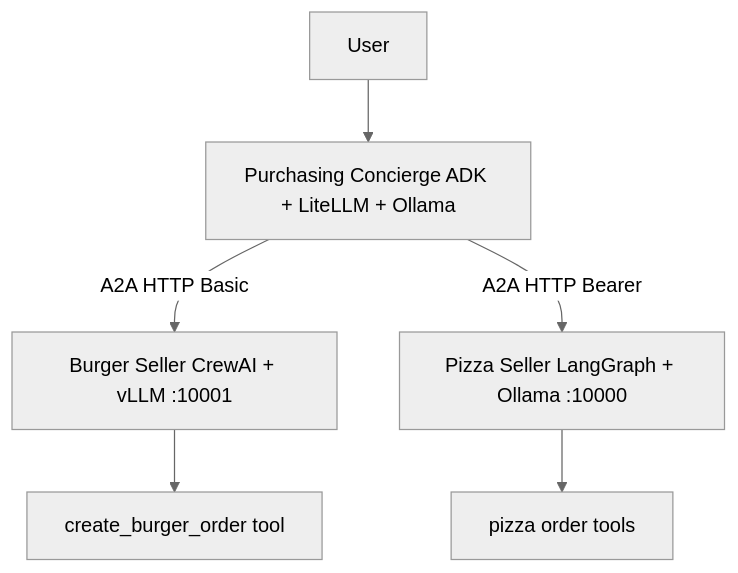
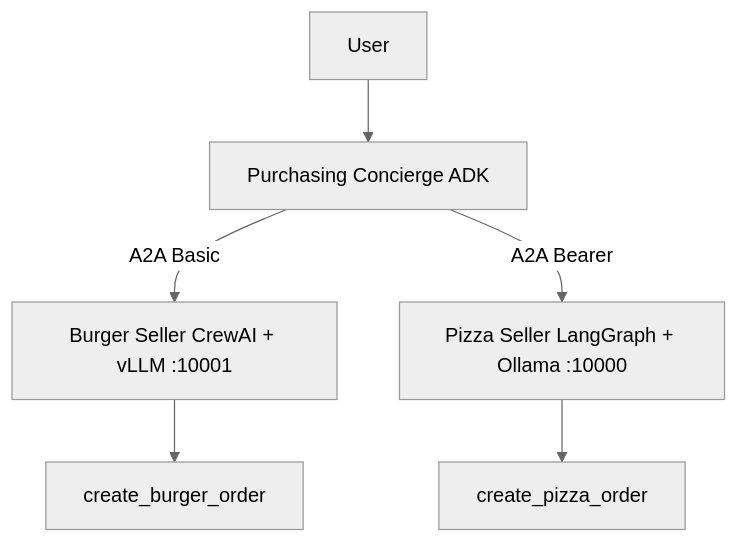
The first of 3 diagrams in README.md (ArchanaChetan07/Multi-Agent-AI-Purchasing-System-with-Google-ADK-AMD-Instinct-GPUs), drawn with Mermaid (neutral theme) before and after one commit. The commit also changed other lines of this file, not shown here.

Commit message:
docs: FAANG-ready professional README with diagrams and verified metrics

````diff
--- a/README.md
+++ b/README.md
@@ -30,8 +28,8 @@
 ```mermaid
-flowchart TB
-    U[User] --> PC[Purchasing Concierge ADK + LiteLLM + Ollama]
-    PC -->|A2A HTTP Basic| BA[Burger Seller CrewAI + vLLM :10001]
-    PC -->|A2A HTTP Bearer| PA[Pizza Seller LangGraph + Ollama :10000]
-    BA --> ORD1[create_burger_order tool]
-    PA --> ORD2[pizza order tools]
+flowchart TD
+  U[User] --> P[Purchasing Concierge ADK]
+  P -->|A2A Basic| B[Burger Seller CrewAI + vLLM :10001]
+  P -->|A2A Bearer| Z[Pizza Seller LangGraph + Ollama :10000]
+  B --> OB[create_burger_order]
+  Z --> OZ[create_pizza_order]
 ```
````
